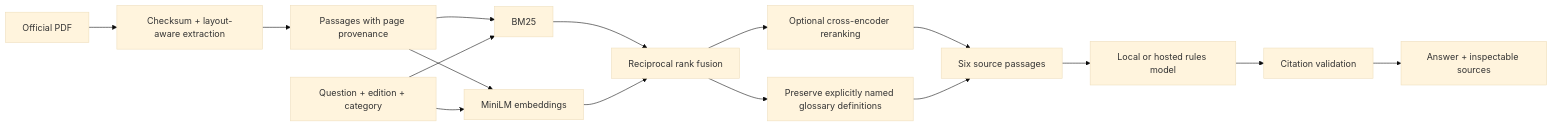
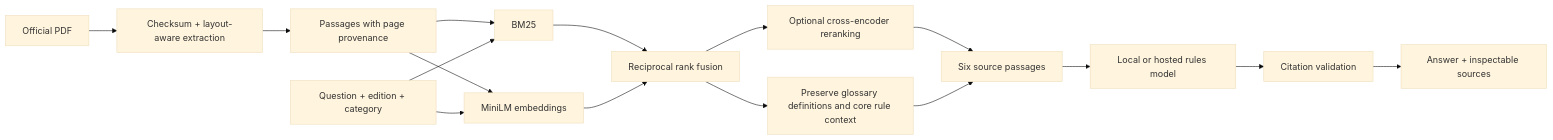
Before and after one commit to williamcfrancis/rulekeeper: the diagram in README.md, drawn with Mermaid (base theme). The commit also changed other lines of this file and 15 other files, not shown here.

Commit message:
Fix death-rule context, bound local generation, and simplify interface copy

````diff
--- a/README.md
+++ b/README.md
@@ -52,18 +52,18 @@
 ```mermaid
 flowchart LR
   A[Official PDF] --> B[Checksum + layout-aware extraction]
   B --> C[Passages with page provenance]
   C --> D[BM25]
   C --> E[MiniLM embeddings]
   Q[Question + edition + category] --> D
   Q --> E
   D --> F[Reciprocal rank fusion]
   E --> F
   F --> G[Optional cross-encoder reranking]
   G --> H[Six source passages]
-  F --> N[Preserve explicitly named glossary definitions]
+  F --> N[Preserve glossary definitions and core rule context]
   N --> H
   H --> I[Local or hosted rules model]
   I --> J[Citation validation]
   J --> K[Answer + inspectable sources]
 ```
````
